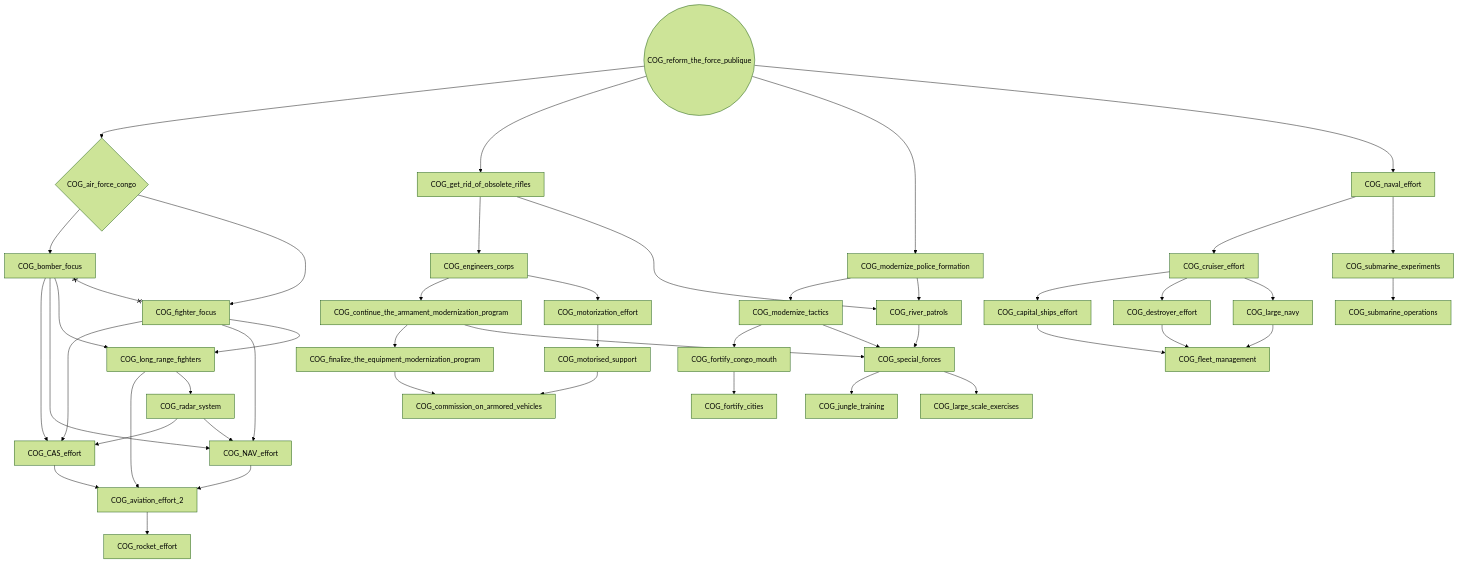
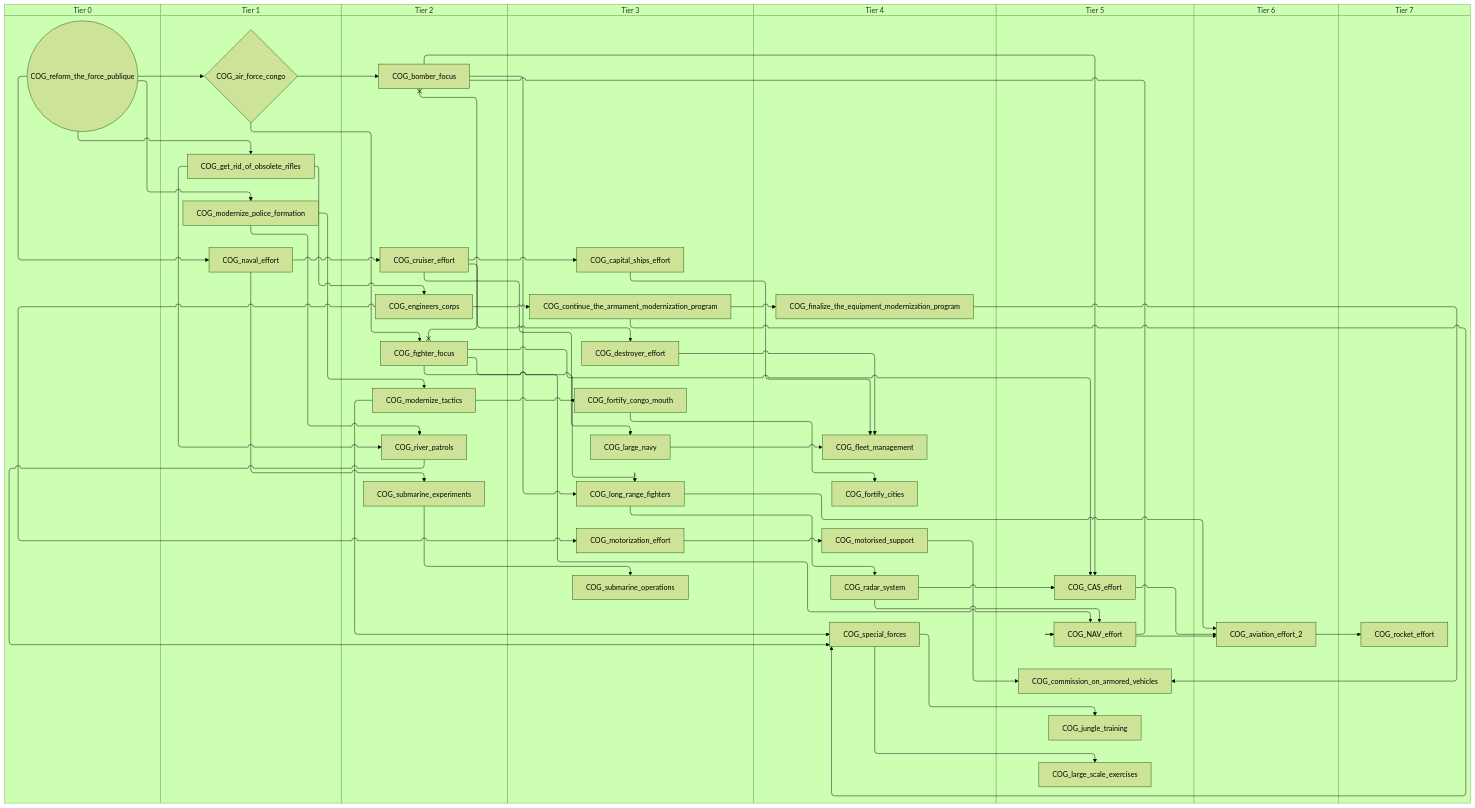
The fourth of 4 diagrams in docs/gdd/National Focuses/r56/r56_congo.md (evgeny-sobol/hoi4-sandbox-mode-r56), drawn with Mermaid (forest theme) before and after one commit. The commit also changed other lines of this file and 423 other files, not shown here.

First line of the commit message:
Re-export Rt56 focus trees as swimlane diagrams

````diff
--- a/docs/gdd/National Focuses/r56/r56_congo.md
+++ b/docs/gdd/National Focuses/r56/r56_congo.md
@@ -218,82 +262,98 @@
 ```mermaid
-flowchart TD
-    n65["COG_CAS_effort"]
-    n66["COG_NAV_effort"]
-    n67{"COG_air_force_congo"}
-    n68["COG_aviation_effort_2"]
-    n69["COG_bomber_focus"]
-    n70["COG_capital_ships_effort"]
-    n71["COG_commission_on_armored_vehicles"]
-    n72["COG_continue_the_armament_modernization_program"]
-    n73["COG_cruiser_effort"]
-    n74["COG_destroyer_effort"]
-    n75["COG_engineers_corps"]
-    n76["COG_fighter_focus"]
-    n77["COG_finalize_the_equipment_modernization_program"]
-    n78["COG_fleet_management"]
-    n79["COG_fortify_cities"]
-    n80["COG_fortify_congo_mouth"]
-    n81["COG_get_rid_of_obsolete_rifles"]
-    n82["COG_jungle_training"]
-    n83["COG_large_navy"]
-    n84["COG_large_scale_exercises"]
-    n85["COG_long_range_fighters"]
-    n86["COG_modernize_police_formation"]
-    n87["COG_modernize_tactics"]
-    n88["COG_motorised_support"]
-    n89["COG_motorization_effort"]
-    n90["COG_naval_effort"]
-    n91["COG_radar_system"]
-    n92(("COG_reform_the_force_publique"))
-    n93["COG_river_patrols"]
-    n94["COG_rocket_effort"]
-    n95["COG_special_forces"]
-    n96["COG_submarine_experiments"]
-    n97["COG_submarine_operations"]
-    n76 --> n65
-    n69 --> n65
-    n91 --> n65
-    n76 --> n66
-    n69 --> n66
-    n91 --> n66
-    n92 --> n67
-    n85 --> n68
+swimlane-beta TD
+    subgraph tier_0["Tier 0"]
+        n65(("COG_reform_the_force_publique"))
+    end
+    subgraph tier_1["Tier 1"]
+        n66{"COG_air_force_congo"}
+        n67["COG_get_rid_of_obsolete_rifles"]
+        n68["COG_modernize_police_formation"]
+        n69["COG_naval_effort"]
+    end
+    subgraph tier_2["Tier 2"]
+        n70["COG_bomber_focus"]
+        n71["COG_cruiser_effort"]
+        n72["COG_engineers_corps"]
+        n73["COG_fighter_focus"]
+        n74["COG_modernize_tactics"]
+        n75["COG_river_patrols"]
+        n76["COG_submarine_experiments"]
+    end
+    subgraph tier_3["Tier 3"]
+        n77["COG_capital_ships_effort"]
+        n78["COG_continue_the_armament_modernization_program"]
+        n79["COG_destroyer_effort"]
+        n80["COG_fortify_congo_mouth"]
+        n81["COG_large_navy"]
+        n82["COG_long_range_fighters"]
+        n83["COG_motorization_effort"]
+        n84["COG_submarine_operations"]
+    end
+    subgraph tier_4["Tier 4"]
+        n85["COG_finalize_the_equipment_modernization_program"]
+        n86["COG_fleet_management"]
+        n87["COG_fortify_cities"]
+        n88["COG_motorised_support"]
+        n89["COG_radar_system"]
+        n90["COG_special_forces"]
+    end
+    subgraph tier_5["Tier 5"]
+        n91["COG_CAS_effort"]
+        n92["COG_NAV_effort"]
+        n93["COG_commission_on_armored_vehicles"]
+        n94["COG_jungle_training"]
+        n95["COG_large_scale_exercises"]
+    end
+    subgraph tier_6["Tier 6"]
+        n96["COG_aviation_effort_2"]
+    end
+    subgraph tier_7["Tier 7"]
+        n97["COG_rocket_effort"]
+    end
+    n73 --> n91
+    n70 --> n91
+    n89 --> n91
+    n73 --> n92
+    n70 --> n92
+    n89 --> n92
+    n65 --> n66
+    n82 --> n96
+    n91 --> n96
+    n92 --> n96
+    n66 --> n70
+    n71 --> n77
+    n88 --> n93
+    n85 --> n93
+    n72 --> n78
+    n69 --> n71
+    n71 --> n79
+    n67 --> n72
+    n66 --> n73
+    n78 --> n85
+    n77 --> n86
+    n79 --> n86
+    n81 --> n86
+    n80 --> n87
+    n74 --> n80
+    n65 --> n67
+    n90 --> n94
+    n71 --> n81
+    n90 --> n95
+    n70 --> n82
+    n73 --> n82
     n65 --> n68
-    n66 --> n68
-    n67 --> n69
-    n73 --> n70
-    n88 --> n71
-    n77 --> n71
-    n75 --> n72
-    n90 --> n73
-    n73 --> n74
-    n81 --> n75
-    n67 --> n76
-    n72 --> n77
-    n70 --> n78
-    n74 --> n78
-    n83 --> n78
-    n80 --> n79
-    n87 --> n80
-    n92 --> n81
-    n95 --> n82
-    n73 --> n83
-    n95 --> n84
-    n69 --> n85
-    n76 --> n85
-    n92 --> n86
-    n86 --> n87
-    n89 --> n88
-    n75 --> n89
-    n92 --> n90
-    n85 --> n91
-    n86 --> n93
-    n81 --> n93
-    n68 --> n94
-    n87 --> n95
-    n93 --> n95
-    n72 --> n95
-    n90 --> n96
+    n68 --> n74
+    n83 --> n88
+    n72 --> n83
+    n65 --> n69
+    n82 --> n89
+    n68 --> n75
+    n67 --> n75
     n96 --> n97
-    n69 x--x n76
+    n74 --> n90
+    n75 --> n90
+    n78 --> n90
+    n69 --> n76
+    n76 --> n84
+    n70 x--x n73
 ```
````
